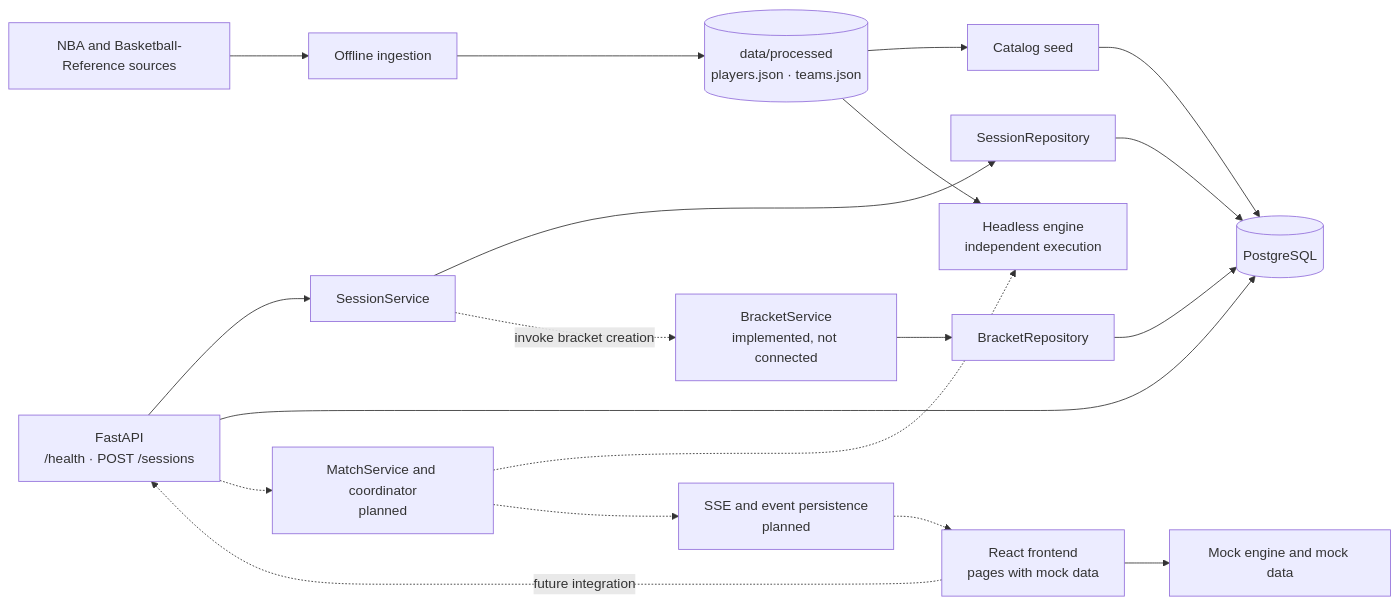
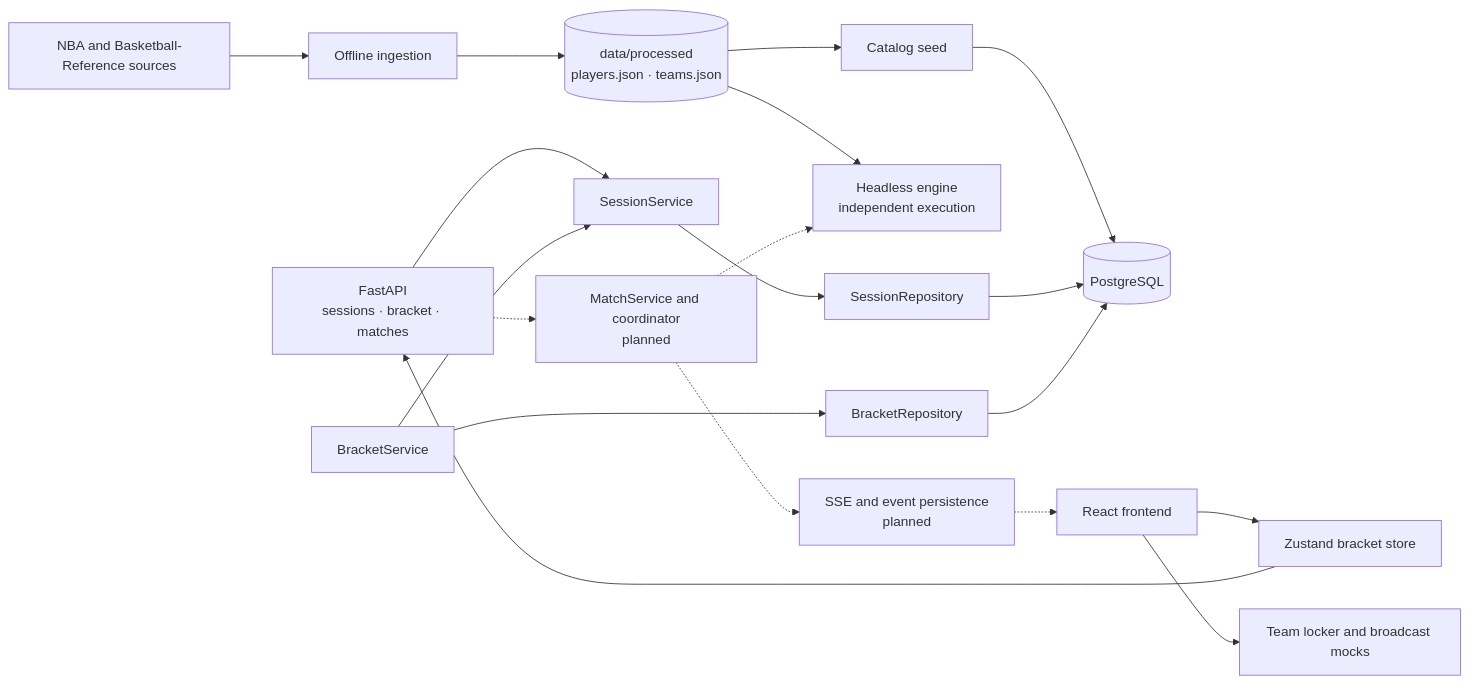
One commit to MatheuzRuf/Robo-Cestinha changed the first of 6 diagrams in docs/ARCHITECTURE.md. Above: the diagram before and after it, drawn with Mermaid. The commit also changed other lines of this file and 36 other files, not shown here.

````diff
--- a/docs/ARCHITECTURE.md
+++ b/docs/ARCHITECTURE.md
@@ -17,31 +18,31 @@
 ```mermaid
 flowchart LR
     Sources[NBA and Basketball-Reference sources]
     Ingestion[Offline ingestion]
     Files[(data/processed<br/>players.json · teams.json)]
     Seed[Catalog seed]
     DB[(PostgreSQL)]
     Engine[Headless engine<br/>independent execution]
-    API[FastAPI<br/>/health · POST /sessions]
+    API[FastAPI<br/>sessions · bracket · matches]
     Domain[SessionService]
     Repo[SessionRepository]
-    FE[React frontend<br/>pages with mock data]
-    Mock[Mock engine and mock data]
-    Bracket[BracketService<br/>implemented, not connected]
+    FE[React frontend]
+    BracketStore[Zustand bracket store]
+    Mock[Team locker and broadcast mocks]
+    Bracket[BracketService]
     BracketRepo[BracketRepository]
     MatchSvc[MatchService and coordinator<br/>planned]
     Stream[SSE and event persistence<br/>planned]
 
     Sources --> Ingestion --> Files
     Files --> Seed --> DB
     Files --> Engine
     API --> Domain --> Repo --> DB
-    API --> DB
     Bracket --> BracketRepo --> DB
+    Bracket --> Domain
+    FE --> BracketStore --> API
     FE --> Mock
 
-    FE -. "future integration" .-> API
-    Domain -. "invoke bracket creation" .-> Bracket
     API -.-> MatchSvc -.-> Engine
     MatchSvc -.-> Stream -.-> FE
 ```
````
